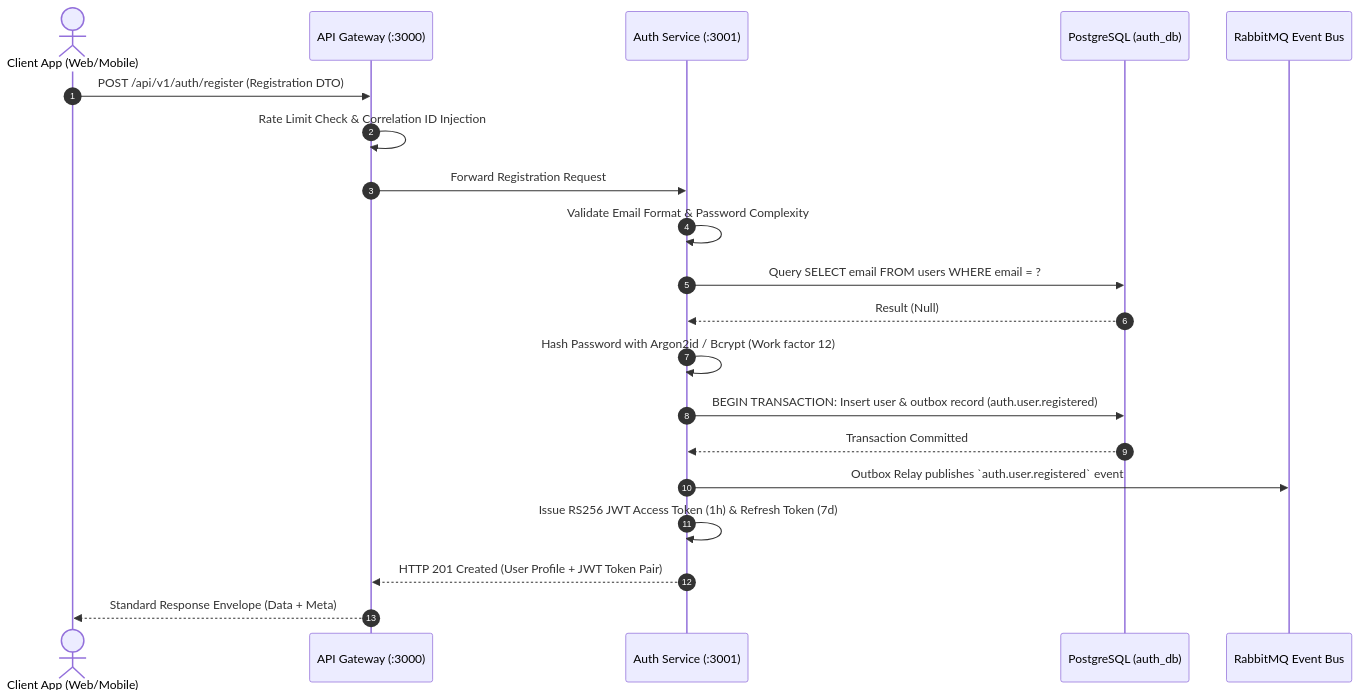
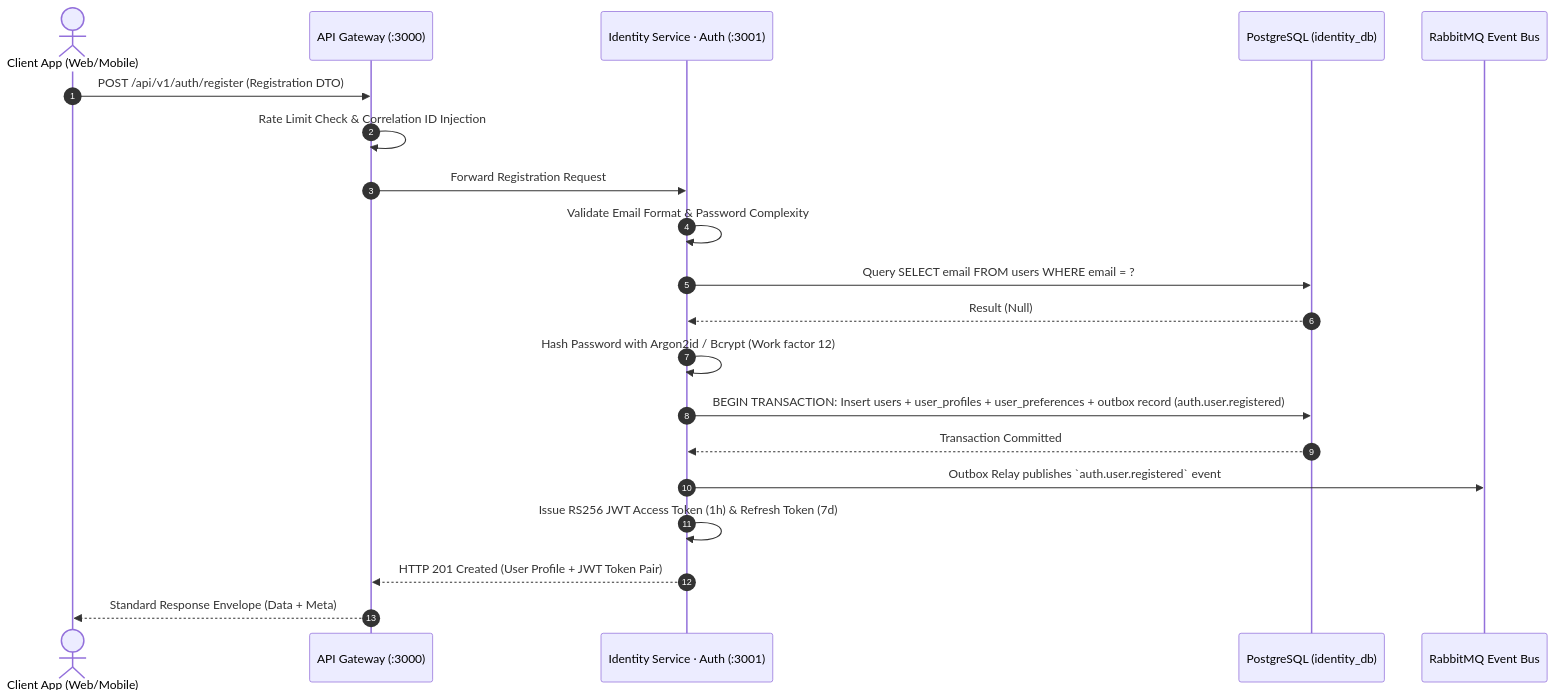
Before and after one commit to nilernous/omni-ecommerce-platform: the diagram in .agent/workflows/auth/register.md, drawn with Mermaid. The commit also changed other lines of this file and 54 other files, not shown here.

First line of the commit message:
docs: update architecture docs for the 12-service layout

````diff
--- a/.agent/workflows/auth/register.md
+++ b/.agent/workflows/auth/register.md
@@ -258,23 +258,23 @@
 ```mermaid
 sequenceDiagram
   autonumber
   actor Client as Client App (Web/Mobile)
   participant Gateway as API Gateway (:3000)
-  participant Auth as Auth Service (:3001)
-  participant DB as PostgreSQL (auth_db)
+  participant Auth as Identity Service · Auth (:3001)
+  participant DB as PostgreSQL (identity_db)
   participant Broker as RabbitMQ Event Bus
 
   Client->>Gateway: POST /api/v1/auth/register (Registration DTO)
   Gateway->>Gateway: Rate Limit Check & Correlation ID Injection
   Gateway->>Auth: Forward Registration Request
   Auth->>Auth: Validate Email Format & Password Complexity
   Auth->>DB: Query SELECT email FROM users WHERE email = ?
   DB-->>Auth: Result (Null)
   Auth->>Auth: Hash Password with Argon2id / Bcrypt (Work factor 12)
-  Auth->>DB: BEGIN TRANSACTION: Insert user & outbox record (auth.user.registered)
+  Auth->>DB: BEGIN TRANSACTION: Insert users + user_profiles + user_preferences + outbox record (auth.user.registered)
   DB-->>Auth: Transaction Committed
   Auth->>Broker: Outbox Relay publishes `auth.user.registered` event
   Auth->>Auth: Issue RS256 JWT Access Token (1h) & Refresh Token (7d)
   Auth-->>Gateway: HTTP 201 Created (User Profile + JWT Token Pair)
   Gateway-->>Client: Standard Response Envelope (Data + Meta)
 ```
````
